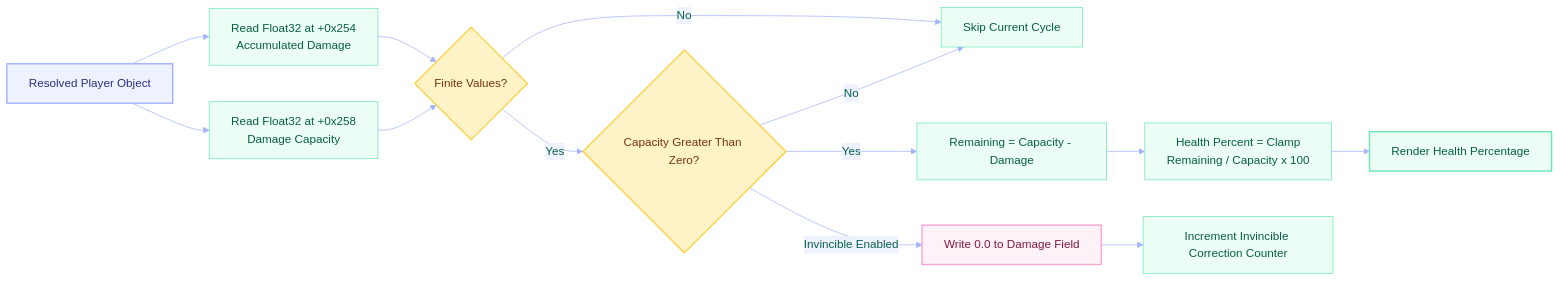
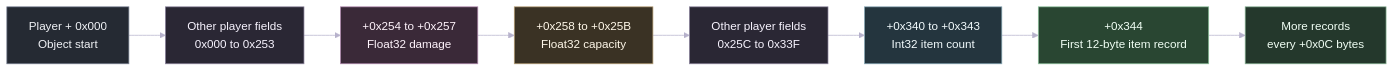
One commit to Tanishq-JM/Project-IGI-Offline-Trainer changed the sixth of 17 diagrams in README.md. Above: the diagram before and after it, drawn with Mermaid. The commit also changed other lines of this file, not shown here.

````diff
--- a/README.md
+++ b/README.md
@@ -557,22 +323,20 @@
 ```mermaid
-%%{init: {'theme':'base', 'themeVariables': { 'primaryColor':'#ECFDF5','primaryTextColor':'#065F46','primaryBorderColor':'#6EE7B7','lineColor':'#A5B4FC','secondaryColor':'#EEF2FF','tertiaryColor':'#FEF3C7'}}}%%
+%%{init: {'theme':'base', 'themeVariables': {'background':'#0F1117','primaryColor':'#20263A','primaryTextColor':'#F6F3FF','primaryBorderColor':'#8E93B8','lineColor':'#B7B2CC','secondaryColor':'#1D2C35','secondaryTextColor':'#F3FAFC','secondaryBorderColor':'#7E9BAA','tertiaryColor':'#342633','tertiaryTextColor':'#FFF2FB','tertiaryBorderColor':'#A17F9D','fontFamily':'Segoe UI'}}}%%
 flowchart LR
-    Player[Resolved Player Object] --> Damage[Read Float32 at +0x254<br/>Accumulated Damage]
-    Player --> Capacity[Read Float32 at +0x258<br/>Damage Capacity]
-    Damage --> Validate{Finite Values?}
-    Capacity --> Validate
-    Validate -->|No| Skip[Skip Current Cycle]
-    Validate -->|Yes| Positive{Capacity Greater Than Zero?}
-    Positive -->|No| Skip
-    Positive -->|Yes| Calculate[Remaining = Capacity - Damage]
-    Calculate --> Percent[Health Percent = Clamp<br/>Remaining / Capacity x 100]
-    Percent --> Display[Render Health Percentage]
-    Positive -->|Invincible Enabled| Zero[Write 0.0 to Damage Field]
-    Zero --> Counter[Increment Invincible Correction Counter]
+    Start["Player + 0x000<br/>Object start"] --> UnknownA["Other player fields<br/>0x000 to 0x253"]
+    UnknownA --> Damage["+0x254 to +0x257<br/>Float32 damage"]
+    Damage --> Capacity["+0x258 to +0x25B<br/>Float32 capacity"]
+    Capacity --> UnknownB["Other player fields<br/>0x25C to 0x33F"]
+    UnknownB --> Count["+0x340 to +0x343<br/>Int32 item count"]
+    Count --> Records["+0x344<br/>First 12-byte item record"]
+    Records --> More["More records<br/>every +0x0C bytes"]
 
-    style Player fill:#EEF2FF,stroke:#A5B4FC,stroke-width:2px,color:#312E81
-    style Validate fill:#FEF3C7,stroke:#FCD34D,stroke-width:2px,color:#78350F
-    style Positive fill:#FEF3C7,stroke:#FCD34D,stroke-width:2px,color:#78350F
-    style Display fill:#ECFDF5,stroke:#6EE7B7,stroke-width:2px,color:#065F46
-    style Zero fill:#FDF2F8,stroke:#F9A8D4,stroke-width:2px,color:#831843
+    style Start fill:#252A33,stroke:#777F91,color:#F1F3F7
+    style UnknownA fill:#2A2734,stroke:#8C849D,color:#F8F4FF
+    style Damage fill:#3A2938,stroke:#B188AE,color:#FFF4FC
+    style Capacity fill:#3A3224,stroke:#B59D73,color:#FFF8E9
+    style UnknownB fill:#2A2734,stroke:#8C849D,color:#F8F4FF
+    style Count fill:#24353E,stroke:#86A7B5,color:#F2FBFD
+    style Records fill:#294632,stroke:#8BC09A,color:#F1FFF5
+    style More fill:#24382C,stroke:#84AF91,color:#F1FFF5
 ```
````
